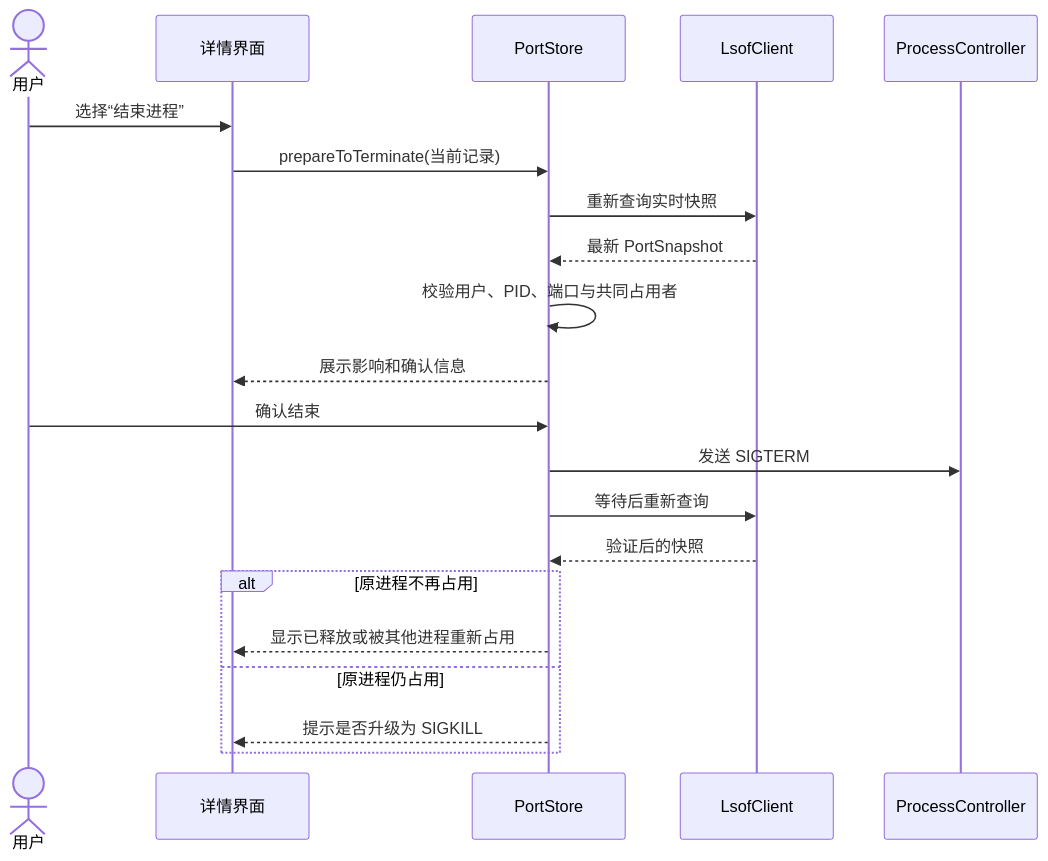
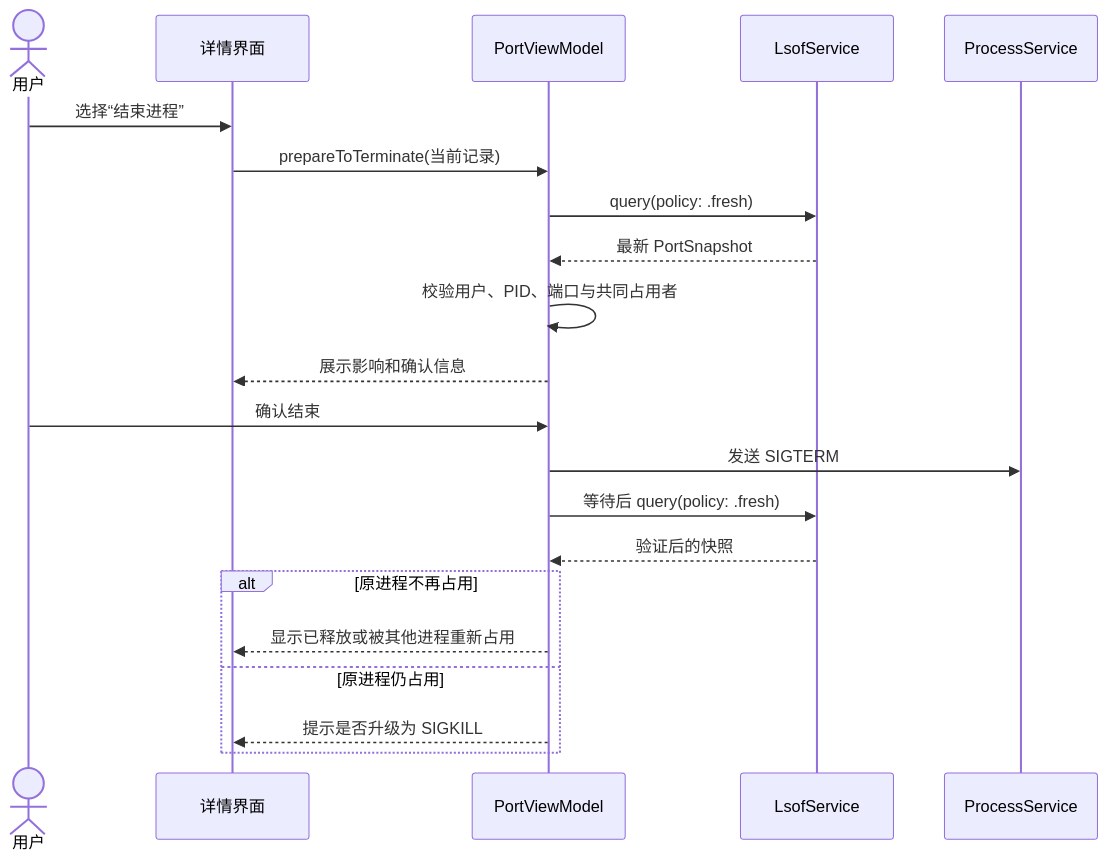
Before and after one commit to super-213/port-viewer: the second of 2 diagrams in README.md, drawn with Mermaid. The commit also changed other lines of this file and 18 other files, not shown here.

Commit message:
refactor: 按照architecture-refactoring-requirements.md更改架构

````diff
--- a/README.md
+++ b/README.md
@@ -171,24 +177,24 @@
 ```mermaid
 sequenceDiagram
     actor User as 用户
     participant View as 详情界面
-    participant Store as PortStore
-    participant Query as LsofClient
-    participant Process as ProcessController
+    participant Store as PortViewModel
+    participant Query as LsofService
+    participant Process as ProcessService
 
     User->>View: 选择“结束进程”
     View->>Store: prepareToTerminate(当前记录)
-    Store->>Query: 重新查询实时快照
+    Store->>Query: query(policy: .fresh)
     Query-->>Store: 最新 PortSnapshot
     Store->>Store: 校验用户、PID、端口与共同占用者
     Store-->>View: 展示影响和确认信息
     User->>Store: 确认结束
     Store->>Process: 发送 SIGTERM
-    Store->>Query: 等待后重新查询
+    Store->>Query: 等待后 query(policy: .fresh)
     Query-->>Store: 验证后的快照
     alt 原进程不再占用
         Store-->>View: 显示已释放或被其他进程重新占用
     else 原进程仍占用
         Store-->>View: 提示是否升级为 SIGKILL
     end
 ```
````
